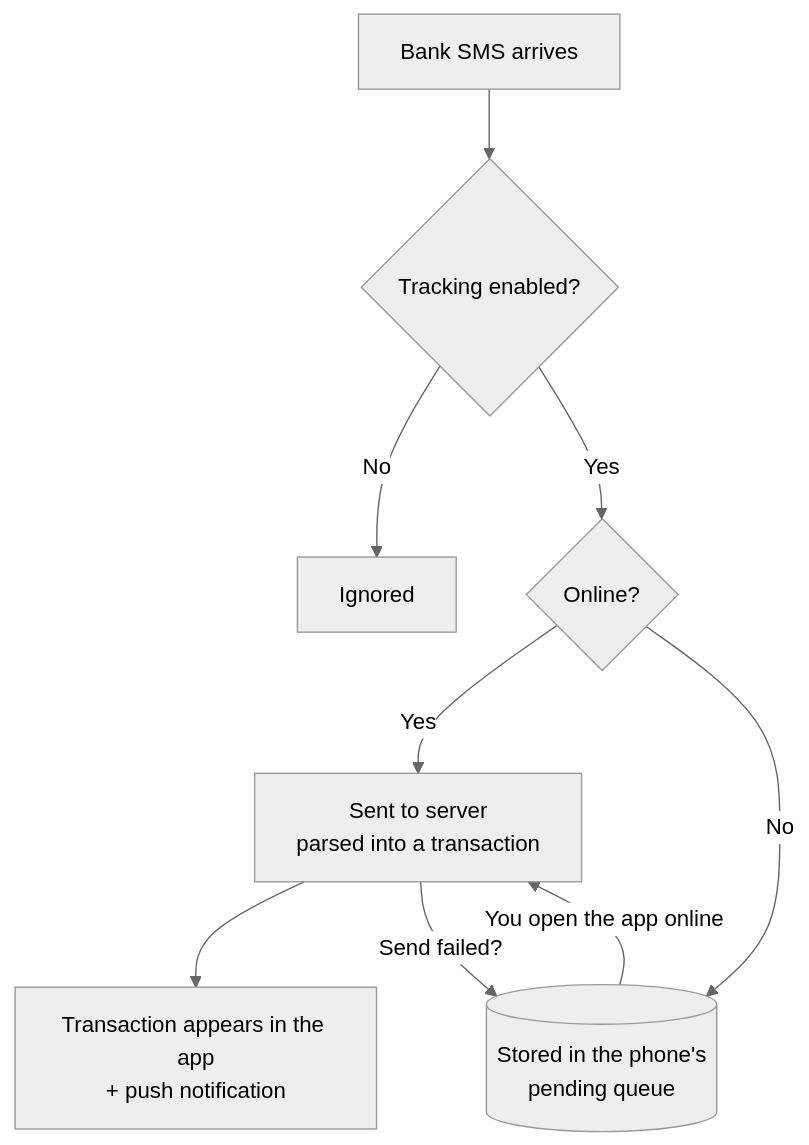
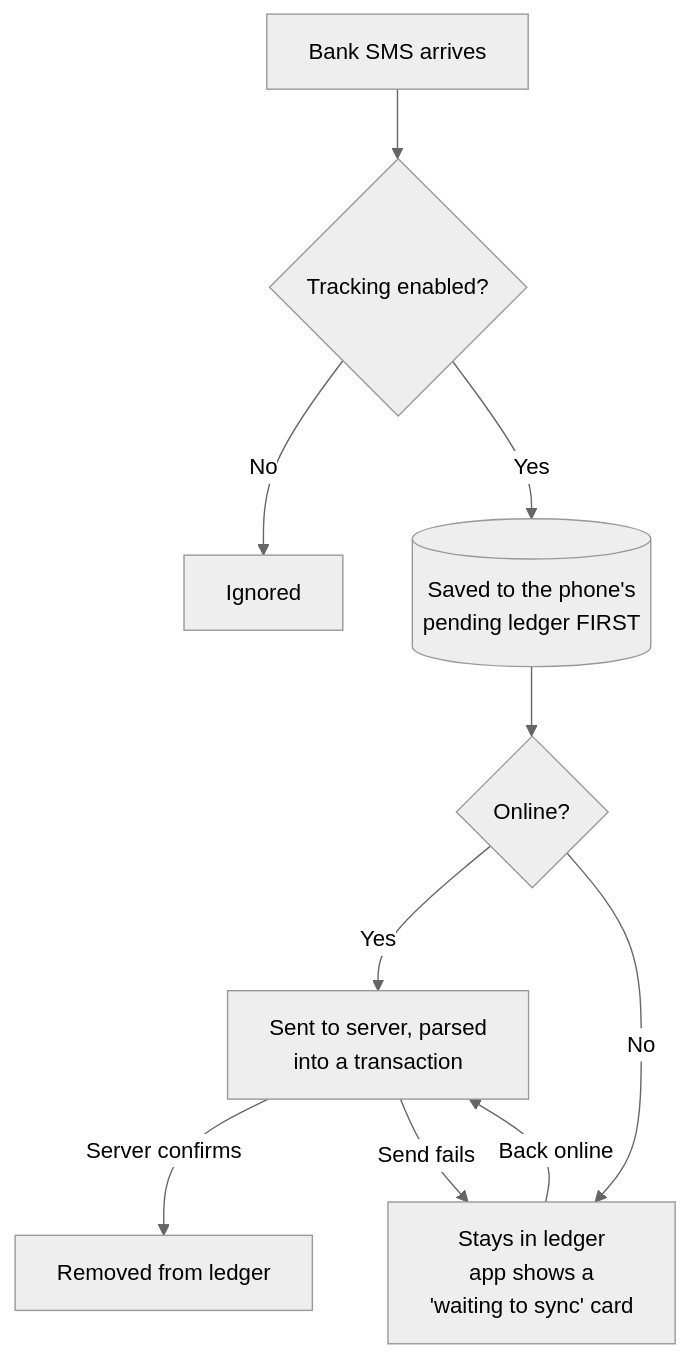
One commit to MohamedMousa007/buddget changed the second of 3 diagrams in docs/OFFLINE_GUIDE.md. Above: the diagram before and after it, drawn with Mermaid (neutral theme). The commit also changed other lines of this file, not shown here.

Commit message:
docs: update offline guide with ledger-first SMS, waiting-to-sync cards, push-then-pull sync, privacy wipe

````diff
--- a/docs/OFFLINE_GUIDE.md
+++ b/docs/OFFLINE_GUIDE.md
@@ -40,11 +42,13 @@
 ```mermaid
 flowchart TD
     A[Bank SMS arrives] --> B{Tracking enabled?}
     B -- No --> X[Ignored]
-    B -- Yes --> C{Online?}
-    C -- Yes --> D[Sent to server\nparsed into a transaction]
-    C -- No --> E[(Stored in the phone's\npending queue)]
-    E -- You open the app online --> D
-    D --> F[Transaction appears in the app\n+ push notification]
-    D -- Send failed? --> E
+    B -- Yes --> L[(Saved to the phone's\npending ledger FIRST)]
+    L --> C{Online?}
+    C -- Yes --> D[Sent to server, parsed\ninto a transaction]
+    D -- Server confirms --> R[Removed from ledger]
+    C -- No --> E[Stays in ledger\napp shows a
+'waiting to sync' card]
+    E -- Back online --> D
+    D -- Send fails --> E
 ```
````
